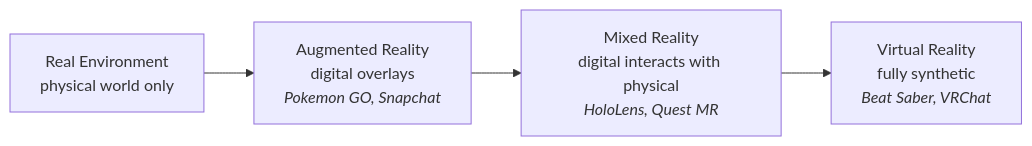
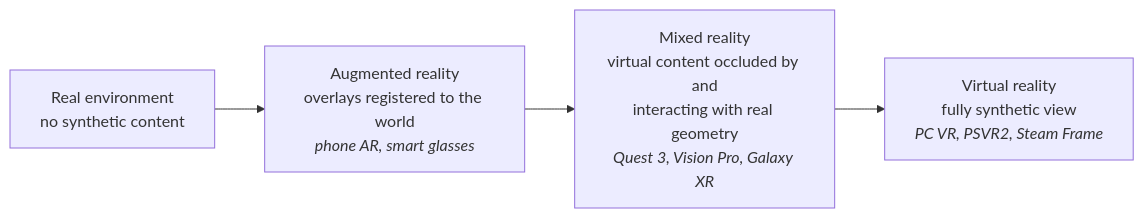
The first of 6 diagrams in github-pages/docs/vr-ar/index.md (AndrewAltimit/Documentation), drawn with Mermaid before and after one commit. The commit also changed other lines of this file and 240 other files, not shown here.

````diff
--- a/github-pages/docs/vr-ar/index.md
+++ b/github-pages/docs/vr-ar/index.md
@@ -78,6 +45,6 @@
 ```mermaid
 flowchart LR
-    R["Real Environment<br/>physical world only"] --> AR["Augmented Reality<br/>digital overlays<br/><i>Pokemon GO, Snapchat</i>"]
-    AR --> MR["Mixed Reality<br/>digital interacts with physical<br/><i>HoloLens, Quest MR</i>"]
-    MR --> V["Virtual Reality<br/>fully synthetic<br/><i>Beat Saber, VRChat</i>"]
+    R["Real environment<br/>no synthetic content"] --> AR["Augmented reality<br/>overlays registered to the world<br/><i>phone AR, smart glasses</i>"]
+    AR --> MR["Mixed reality<br/>virtual content occluded by and<br/>interacting with real geometry<br/><i>Quest 3, Vision Pro, Galaxy XR</i>"]
+    MR --> V["Virtual reality<br/>fully synthetic view<br/><i>PC VR, PSVR2, Steam Frame</i>"]
 ```
````
